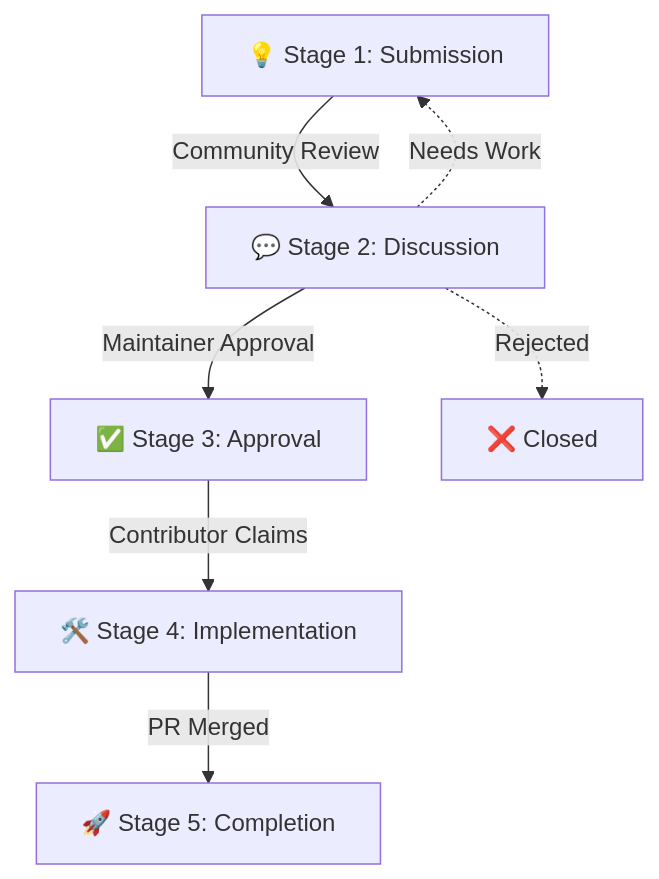
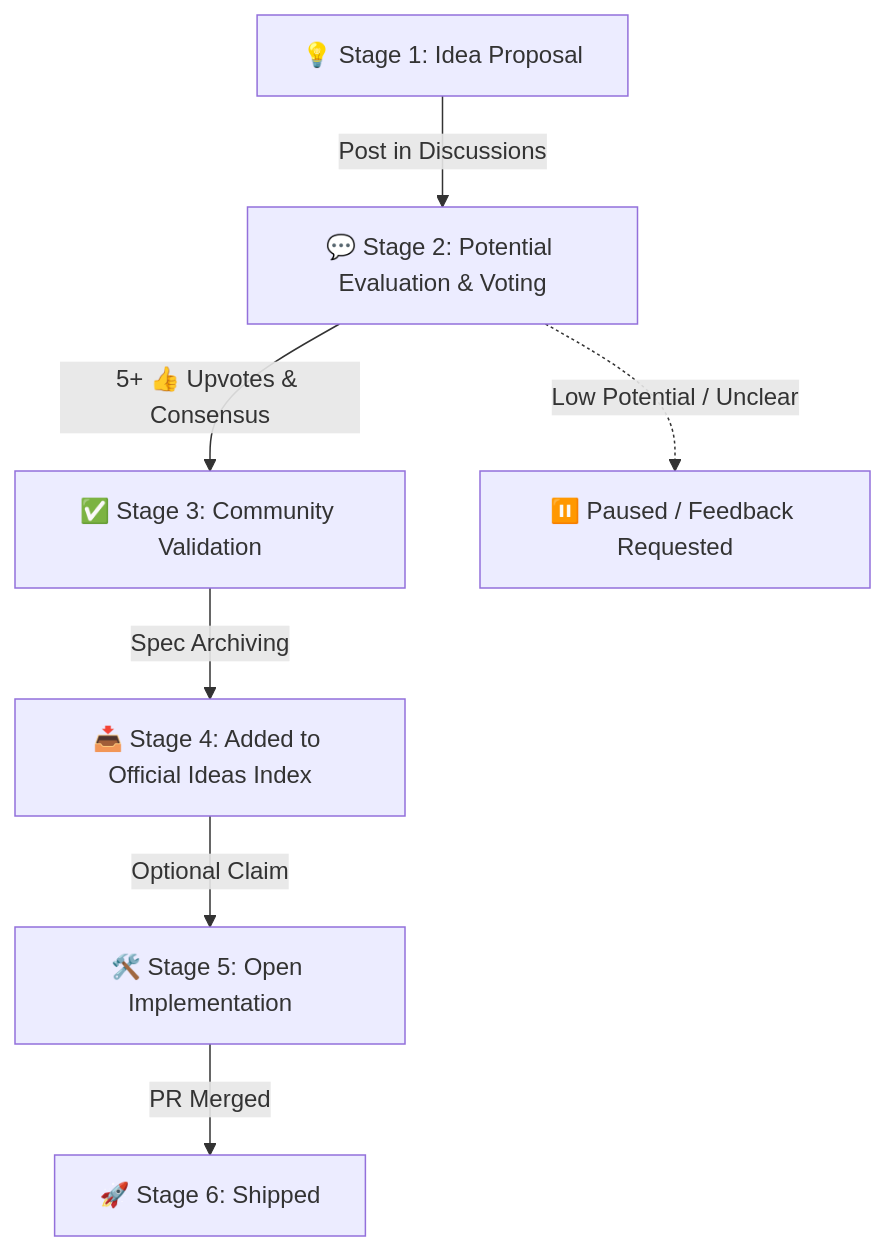
One commit to Idea-Verse/void changed the diagram in docs/IDEA_LIFECYCLE.md. Above: the diagram before and after it, drawn with Mermaid. The commit also changed other lines of this file and 2 other files, not shown here.

Commit message:
Update docs for Potential-First lifecycle & 5-upvote threshold, remove unvalidated openportal idea file

````diff
--- a/docs/IDEA_LIFECYCLE.md
+++ b/docs/IDEA_LIFECYCLE.md
@@ -7,10 +11,10 @@
 ```mermaid
 graph TD
-    A[💡 Stage 1: Submission] -->|Community Review| B[💬 Stage 2: Discussion]
-    B -->|Maintainer Approval| C[✅ Stage 3: Approval]
-    C -->|Contributor Claims| D[🛠️ Stage 4: Implementation]
-    D -->|PR Merged| E[🚀 Stage 5: Completion]
+    A[💡 Stage 1: Idea Proposal] -->|Post in Discussions| B[💬 Stage 2: Potential Evaluation & Voting]
+    B -->|5+ 👍 Upvotes & Consensus| C[✅ Stage 3: Community Validation]
+    C -->|Spec Archiving| D[📥 Stage 4: Added to Official Ideas Index]
+    D -->|Optional Claim| E[🛠️ Stage 5: Open Implementation]
+    E -->|PR Merged| F[🚀 Stage 6: Shipped]
     
-    B -.->|Needs Work| A
-    B -.->|Rejected| F[❌ Closed]
+    B -.->|Low Potential / Unclear| G[⏸️ Paused / Feedback Requested]
 ```
````
